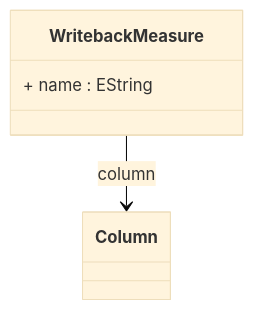
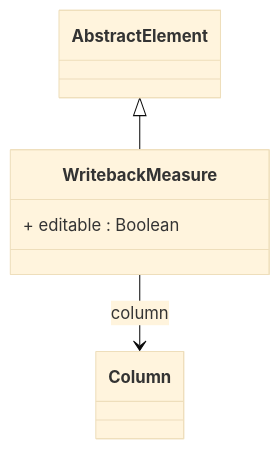
Before and after one commit to eclipse-daanse/eclipse-daanse.github.io: the diagram in docs/cubeserver/model/class-WritebackMeasure.md, drawn with Mermaid (base theme). The commit also changed other lines of this file and 138 other files, not shown here.

````diff
--- a/docs/cubeserver/model/class-WritebackMeasure.md
+++ b/docs/cubeserver/model/class-WritebackMeasure.md
@@ -72,10 +76,10 @@
 ```mermaid
 classDiagram
   class WritebackMeasure {
-    + name : EString
+    + editable : Boolean
   }
 
-
+  AbstractElement <|-- WritebackMeasure
   WritebackMeasure --> Column : column
 
 ```
````
